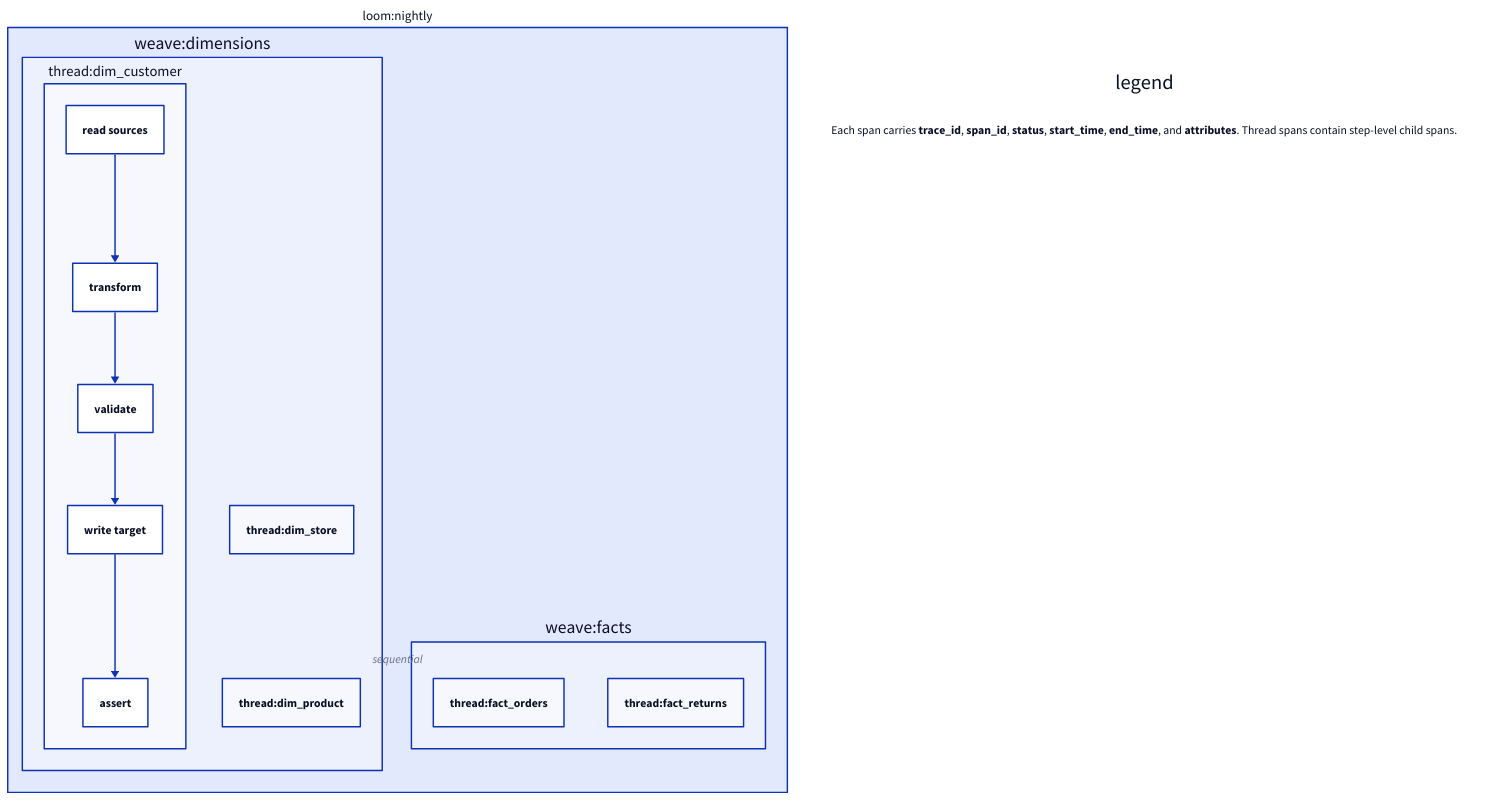
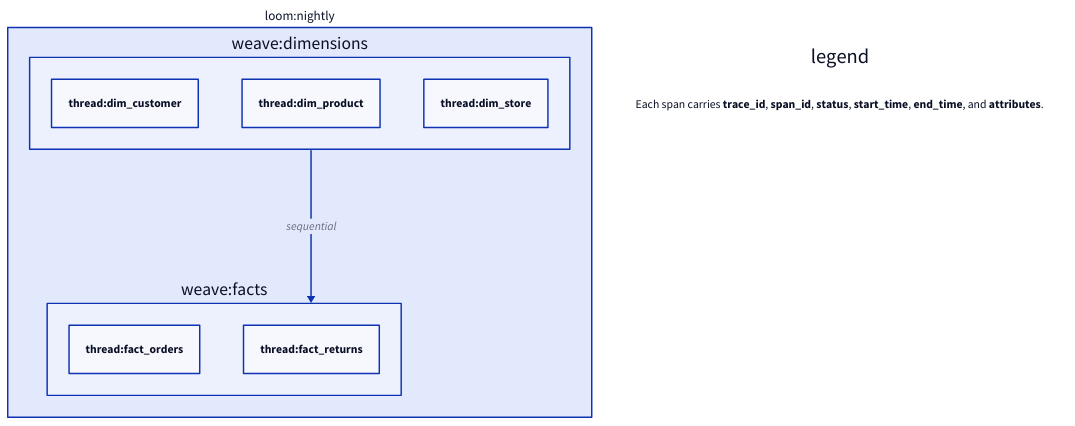
One commit to ardent-data/weevr changed the first of 2 diagrams in docs/guides/observability.md. Above: the diagram before and after it, drawn with D2. The commit also changed other lines of this file and 9 other files, not shown here.

Commit message:
chore(docs): correct telemetry access docs and schema reference gaps (#213)

````diff
--- a/docs/guides/observability.md
+++ b/docs/guides/observability.md
@@ -121,39 +121,30 @@
 ```d2
 direction: down
 
 loom: loom:nightly {
   style.font-size: 18
 
   weave_dim: weave:dimensions {
-    t1: thread:dim_customer {
-      read: read sources
-      transform: transform
-      validate: validate
-      write: write target
-      assert: assert
-
-      read -> transform -> validate -> write -> assert
-    }
+    t1: thread:dim_customer
     t2: thread:dim_product
     t3: thread:dim_store
   }
 
   weave_facts: weave:facts {
     t4: thread:fact_orders
     t5: thread:fact_returns
   }
 
   weave_dim -> weave_facts: sequential
 }
 
 legend: {
   style.fill: transparent
   style.stroke: transparent
 
   note: |md
     Each span carries **trace_id**, **span_id**, **status**,
     **start_time**, **end_time**, and **attributes**.
-    Thread spans contain step-level child spans.
   |
 }
 ```
````
